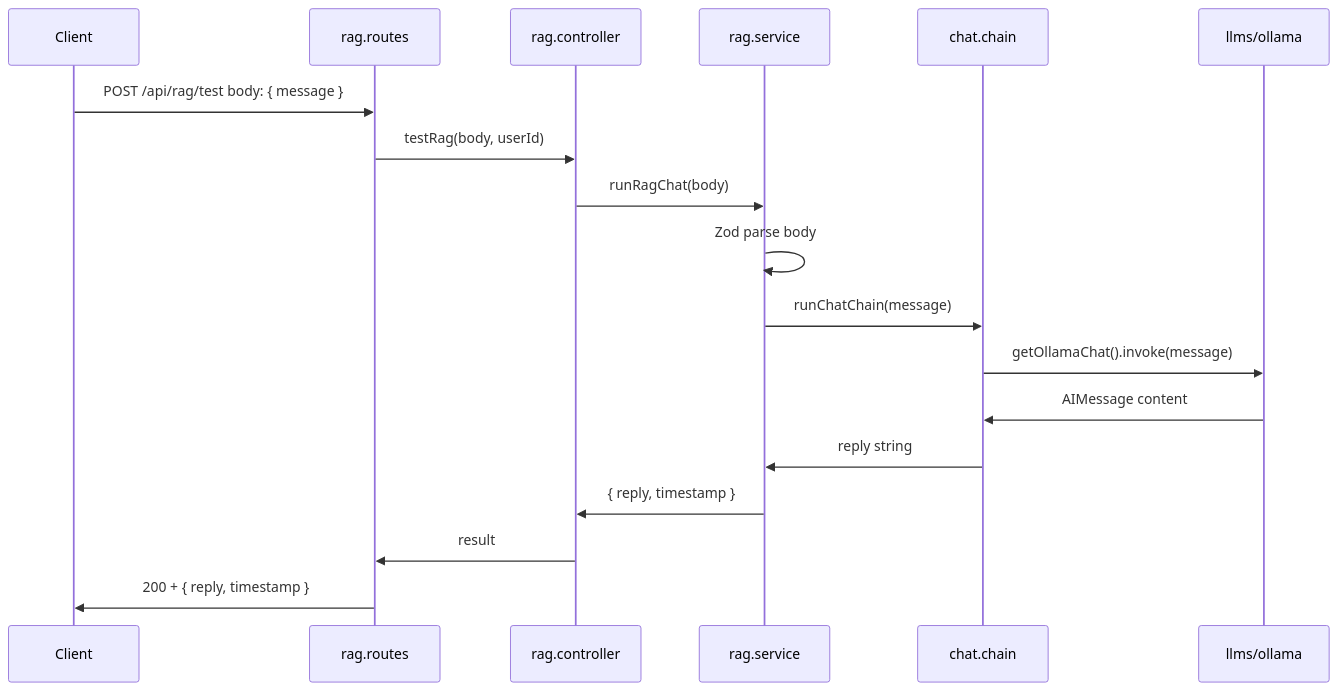
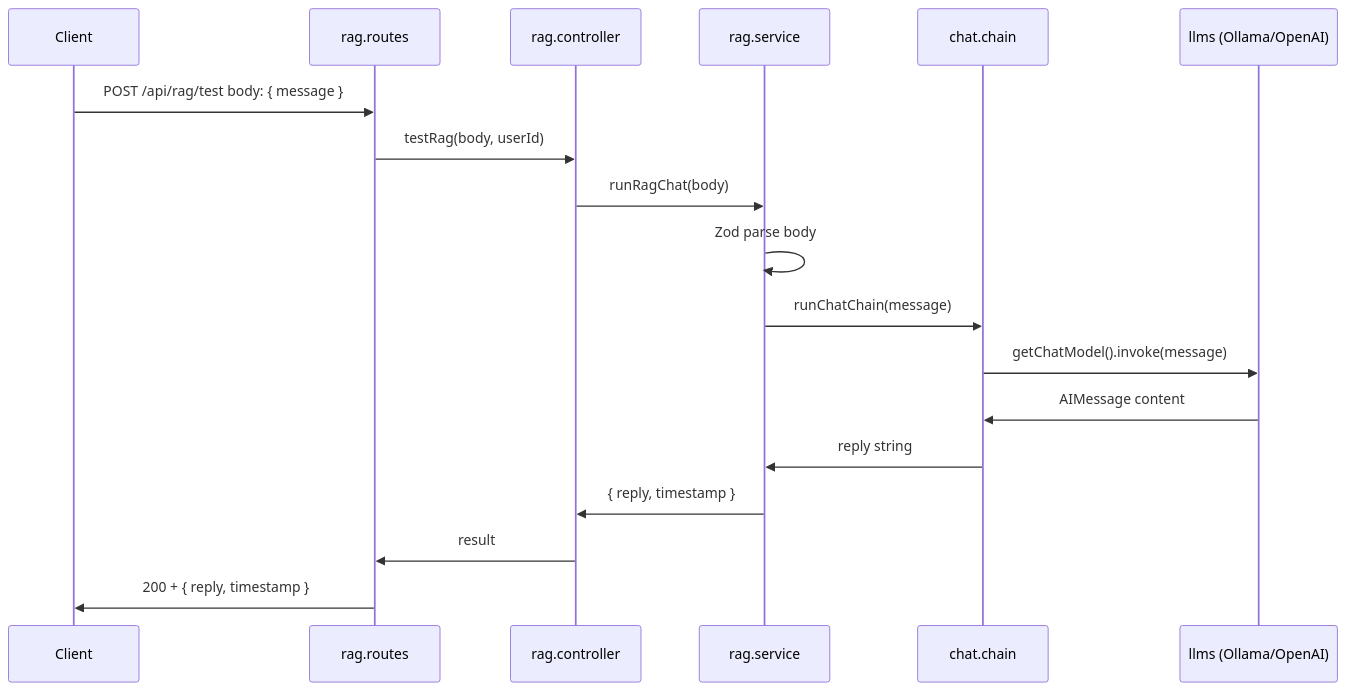
Before and after one commit to sorocode-comunidade/swanytello: the diagram in docs/rag.md, drawn with Mermaid. The commit also changed other lines of this file and 11 other files, not shown here.

````diff
--- a/docs/rag.md
+++ b/docs/rag.md
@@ -41,21 +41,21 @@
 ```mermaid
 sequenceDiagram
   participant Client
   participant Route as rag.routes
   participant Controller as rag.controller
   participant Service as rag.service
   participant Chain as chat.chain
-  participant LLM as llms/ollama
+  participant LLM as llms (Ollama/OpenAI)
 
   Client->>Route: POST /api/rag/test body: { message }
   Route->>Controller: testRag(body, userId)
   Controller->>Service: runRagChat(body)
   Service->>Service: Zod parse body
   Service->>Chain: runChatChain(message)
-  Chain->>LLM: getOllamaChat().invoke(message)
+  Chain->>LLM: getChatModel().invoke(message)
   LLM->>Chain: AIMessage content
   Chain->>Service: reply string
   Service->>Controller: { reply, timestamp }
   Controller->>Route: result
   Route->>Client: 200 + { reply, timestamp }
 ```
````
